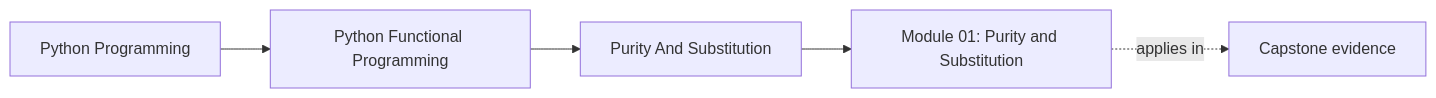
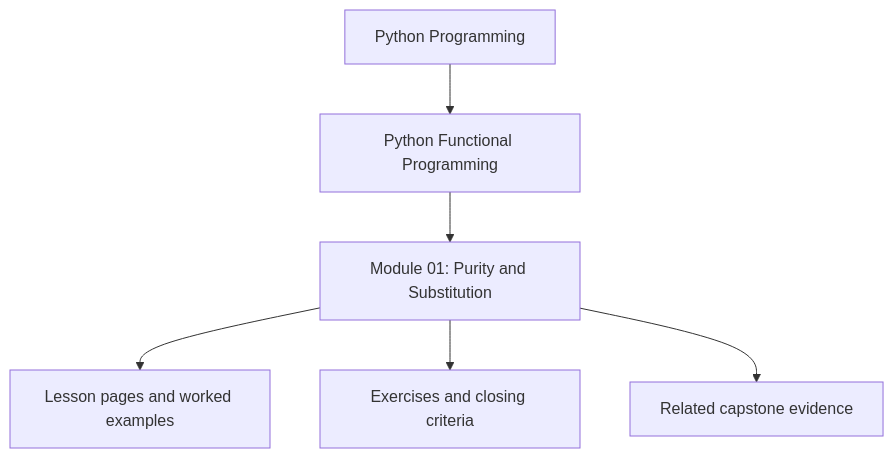
One commit to bijux/bijux-masterclass changed the first of 2 diagrams in programs/python-programming/python-functional-programming/course-book/module-01-purity-and-substitution/index.md. Above: the diagram before and after it, drawn with Mermaid. The commit also changed other lines of this file and 10 other files, not shown here.

Commit message:
docs(python-functional-programming): reposition module overview diagrams

````diff
--- a/programs/python-programming/python-functional-programming/course-book/module-01-purity-and-substitution/index.md
+++ b/programs/python-programming/python-functional-programming/course-book/module-01-purity-and-substitution/index.md
@@ -7,11 +7,8 @@
 ```mermaid
-graph LR
-  family["Python Programming"]
-  program["Python Functional Programming"]
-  section["Purity And Substitution"]
-  page["Module 01: Purity and Substitution"]
-  capstone["Capstone evidence"]
-
-  family --> program --> section --> page
-  page -.applies in.-> capstone
+flowchart TD
+  family["Python Programming"] --> program["Python Functional Programming"]
+  program --> module["Module 01: Purity and Substitution"]
+  module --> lessons["Lesson pages and worked examples"]
+  module --> checkpoints["Exercises and closing criteria"]
+  module --> capstone["Related capstone evidence"]
 ```
````
